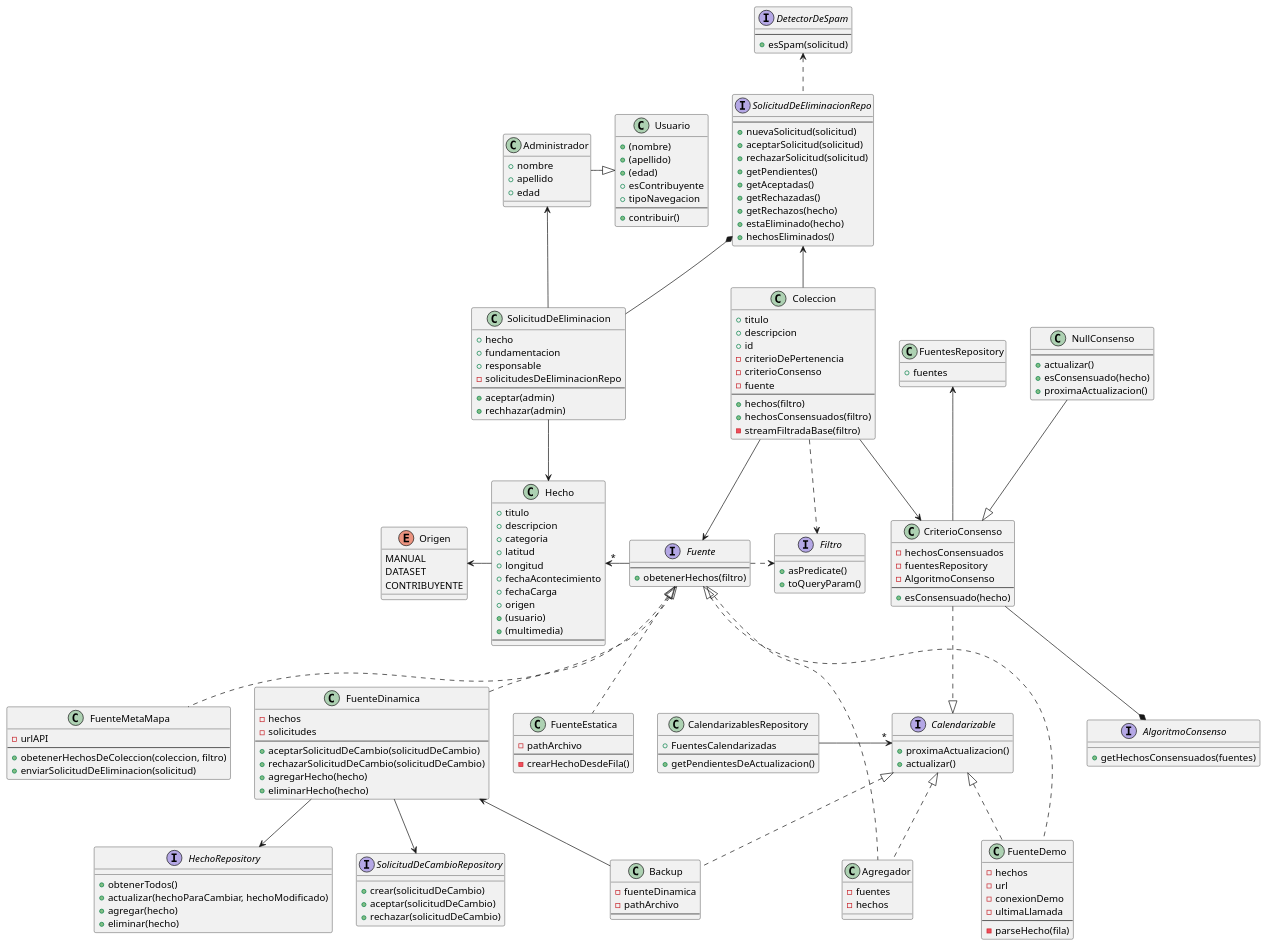
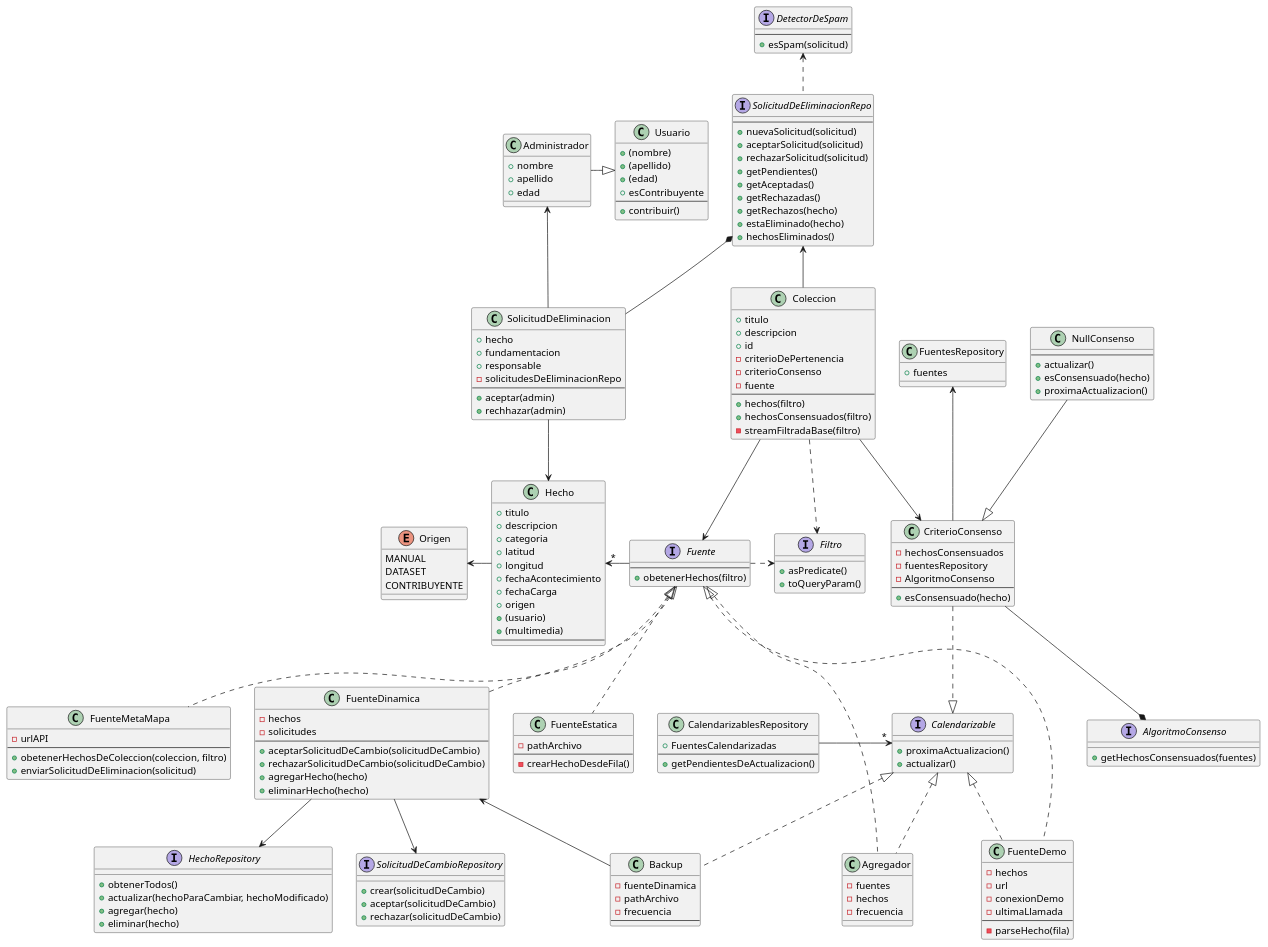
Before and after one commit to lrizzitano/Metamapa: the diagram in diagramas/diagrama-clases.puml, drawn with PlantUML. The commit also changed 14 other files, not shown here.

```diff
--- a/diagramas/diagrama-clases.puml
+++ b/diagramas/diagrama-clases.puml
@@ -5,7 +5,6 @@
     +(apellido)
     +(edad)
     +esContribuyente
-    +tipoNavegacion
     --
     +contribuir()
 }
@@ -80,6 +79,7 @@
 class Backup {
     -fuenteDinamica
     -pathArchivo
+    -frecuencia
     --
 }
 
@@ -176,6 +176,7 @@
 class Agregador {
     -fuentes
     -hechos
+    -frecuencia
 }
 
 Administrador -r-|> Usuario
```
